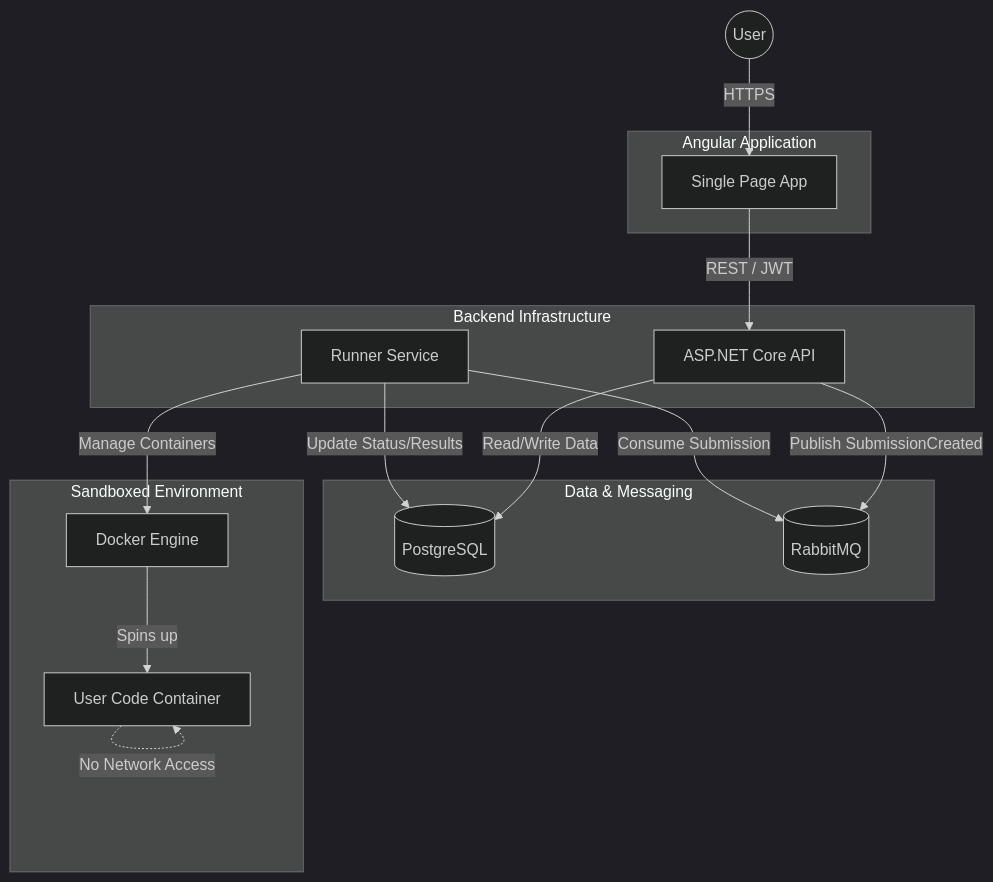
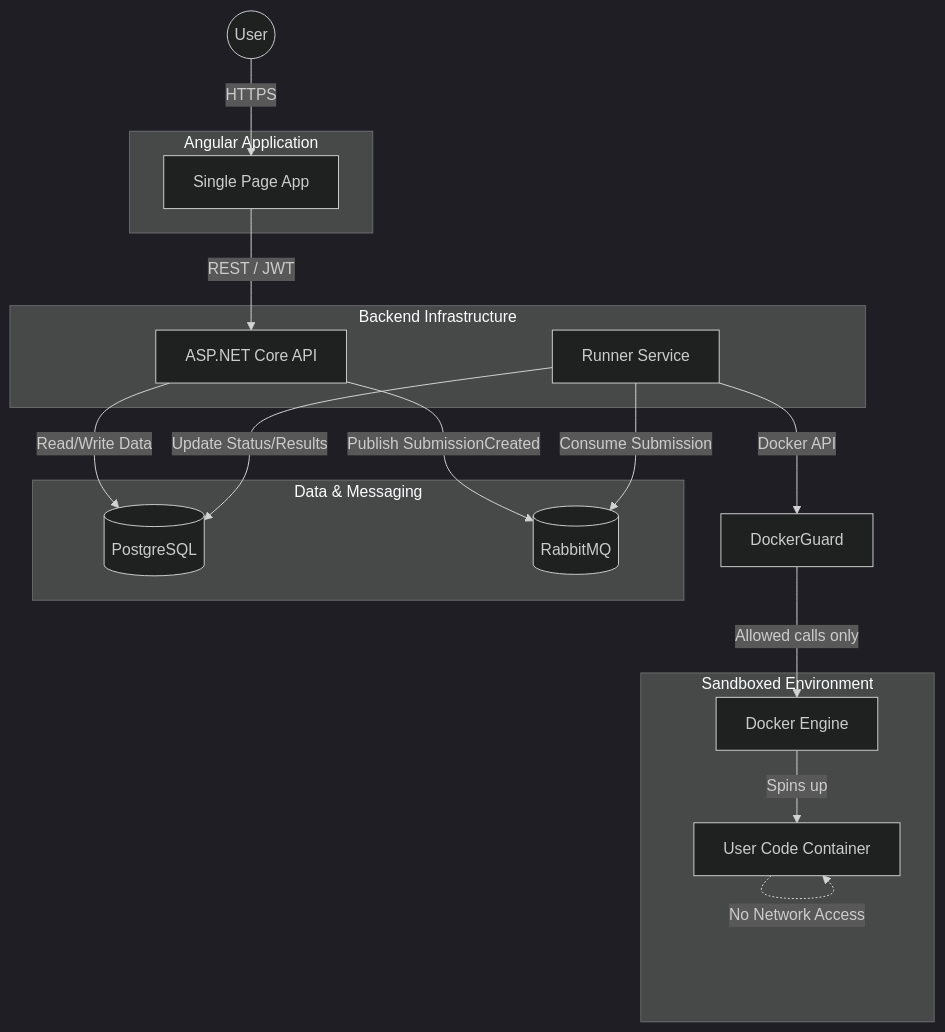
Before and after one commit to yarmatss/CodeLearning: the first of 4 diagrams in README.md, drawn with Mermaid (dark theme). The commit also changed other lines of this file and 34 other files, not shown here.

First line of the commit message:
Split DI per layer, add DockerGuard and fix submission delivery gaps (#6)

````diff
--- a/README.md
+++ b/README.md
@@ -55,36 +55,37 @@
 ```mermaid
 graph TD
     User((User))
     
     subgraph Frontend [Angular Application]
         SPA[Single Page App]
     end
 
     subgraph Backend [Backend Infrastructure]
         API[ASP.NET Core API]
         Worker[Runner Service]
     end
 
     subgraph Data [Data & Messaging]
         DB[(PostgreSQL)]
         RabbitMQ[(RabbitMQ)]
     end
 
     subgraph Execution [Sandboxed Environment]
         Docker[Docker Engine]
         Container[User Code Container]
     end
 
     User -->|HTTPS| SPA
     SPA -->|REST / JWT| API
     
     API -->|Read/Write Data| DB
     API -->|Publish SubmissionCreated| RabbitMQ
     
     Worker -->|Consume Submission| RabbitMQ
     Worker -->|Update Status/Results| DB
-    Worker -->|Manage Containers| Docker
+    Worker -->|Docker API| Guard[DockerGuard]
+    Guard -->|Allowed calls only| Docker
     
     Docker -->|Spins up| Container
     Container -.->|No Network Access| Container
 ```
````
